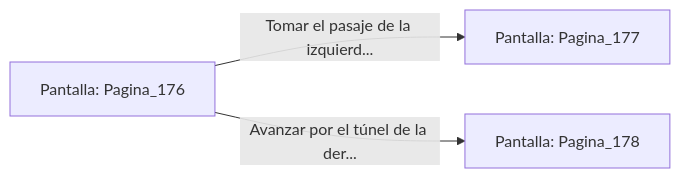
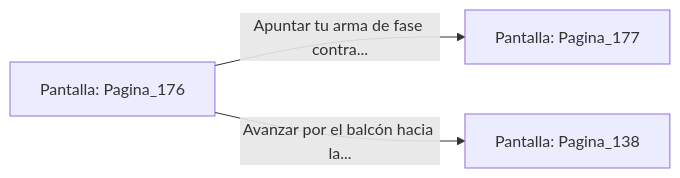
One commit to metsuke/mpl changed the diagram in sample/eligejuego-vault/Pantalla_Pagina_176.md. Above: the diagram before and after it, drawn with Mermaid. The commit also changed other lines of this file and 635 other files, not shown here.

First line of the commit message:
fix: añadir Pagina_1 como pantalla inicial en capitulo_01.mpl

````diff
--- a/sample/eligejuego-vault/Pantalla_Pagina_176.md
+++ b/sample/eligejuego-vault/Pantalla_Pagina_176.md
@@ -20,6 +22,6 @@
 ```mermaid
 graph LR
     P_Pagina_176["Pantalla: Pagina_176"]
-    P_Pagina_176 -->|"Tomar el pasaje de la izquierd..."| P_Pagina_177["Pantalla: Pagina_177"]
-    P_Pagina_176 -->|"Avanzar por el túnel de la der..."| P_Pagina_178["Pantalla: Pagina_178"]
+    P_Pagina_176 -->|"Apuntar tu arma de fase contra..."| P_Pagina_177["Pantalla: Pagina_177"]
+    P_Pagina_176 -->|"Avanzar por el balcón hacia la..."| P_Pagina_138["Pantalla: Pagina_138"]
 ```
````
